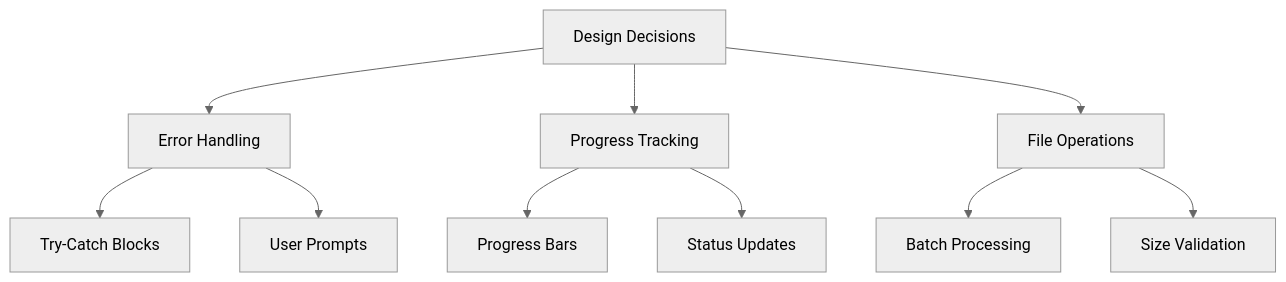
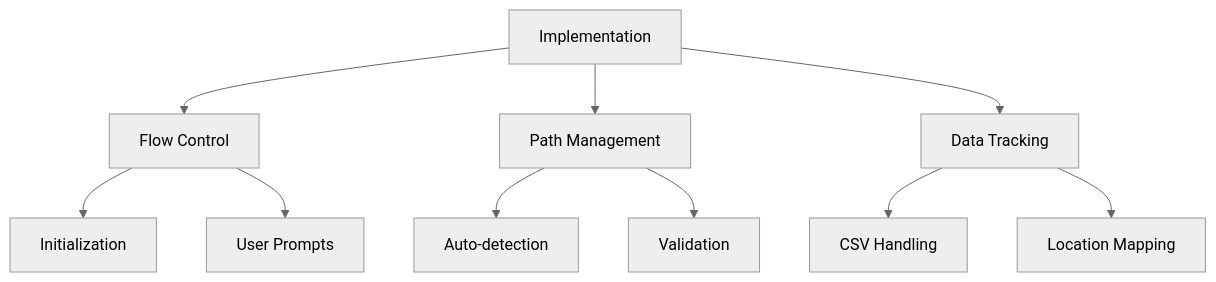
The fourth of 4 diagrams in memory-bank/activeContext.md (amcodin/Powershell_EQL), drawn with Mermaid (neutral theme) before and after one commit. The commit also changed other lines of this file and 2 other files, not shown here.

````diff
--- a/memory-bank/activeContext.md
+++ b/memory-bank/activeContext.md
@@ -108,15 +109,15 @@
 ```mermaid
 graph TD
-    A[Design Decisions] --> B[Error Handling]
-    A --> C[Progress Tracking]
-    A --> D[File Operations]
+    A[Implementation] --> B[Flow Control]
+    A --> C[Path Management]
+    A --> D[Data Tracking]
     
-    B --> E[Try-Catch Blocks]
+    B --> E[Initialization]
     B --> F[User Prompts]
     
-    C --> G[Progress Bars]
-    C --> H[Status Updates]
+    C --> G[Auto-detection]
+    C --> H[Validation]
     
-    D --> I[Batch Processing]
-    D --> J[Size Validation]
+    D --> I[CSV Handling]
+    D --> J[Location Mapping]
 ```
````
